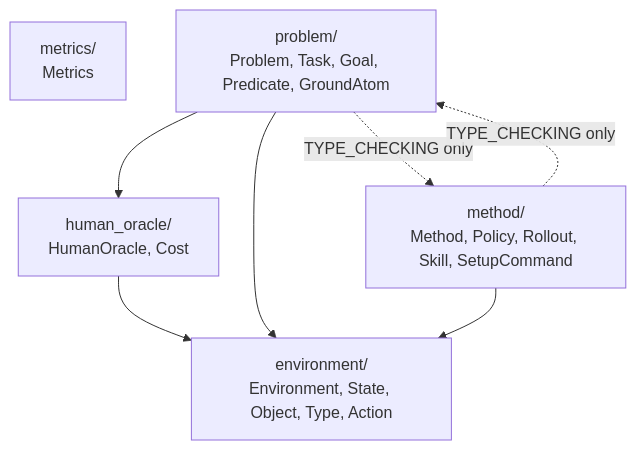
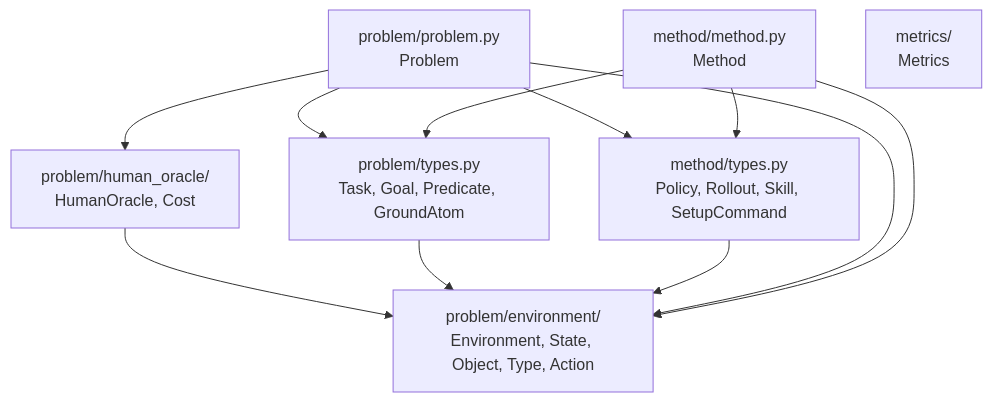
The diagram in src/hitl_pmp/core/README.md (joshnroy/human-in-the-loop-practice-makes-perfect), drawn with Mermaid before and after one commit. The commit also changed other lines of this file and 14 other files, not shown here.

````diff
--- a/src/hitl_pmp/core/README.md
+++ b/src/hitl_pmp/core/README.md
@@ -116,15 +180,21 @@
 ```mermaid
 graph TD
-    environment["environment/<br/>Environment, State, Object, Type, Action"]
-    human_oracle["human_oracle/<br/>HumanOracle, Cost"]
+    env["problem/environment/<br/>Environment, State, Object, Type, Action"]
+    ho["problem/human_oracle/<br/>HumanOracle, Cost"]
+    ptypes["problem/types.py<br/>Task, Goal, Predicate, GroundAtom"]
+    mtypes["method/types.py<br/>Policy, Rollout, Skill, SetupCommand"]
+    problem["problem/problem.py<br/>Problem"]
+    method["method/method.py<br/>Method"]
     metrics["metrics/<br/>Metrics"]
-    problem["problem/<br/>Problem, Task, Goal, Predicate, GroundAtom"]
-    method["method/<br/>Method, Policy, Rollout, Skill, SetupCommand"]
 
-    human_oracle --> environment
-    problem --> environment
-    problem --> human_oracle
-    method --> environment
-    problem -.->|TYPE_CHECKING only| method
-    method -.->|TYPE_CHECKING only| problem
+    ho --> env
+    ptypes --> env
+    mtypes --> env
+    problem --> env
+    problem --> ho
+    problem --> ptypes
+    problem --> mtypes
+    method --> env
+    method --> mtypes
+    method --> ptypes
 ```
````
